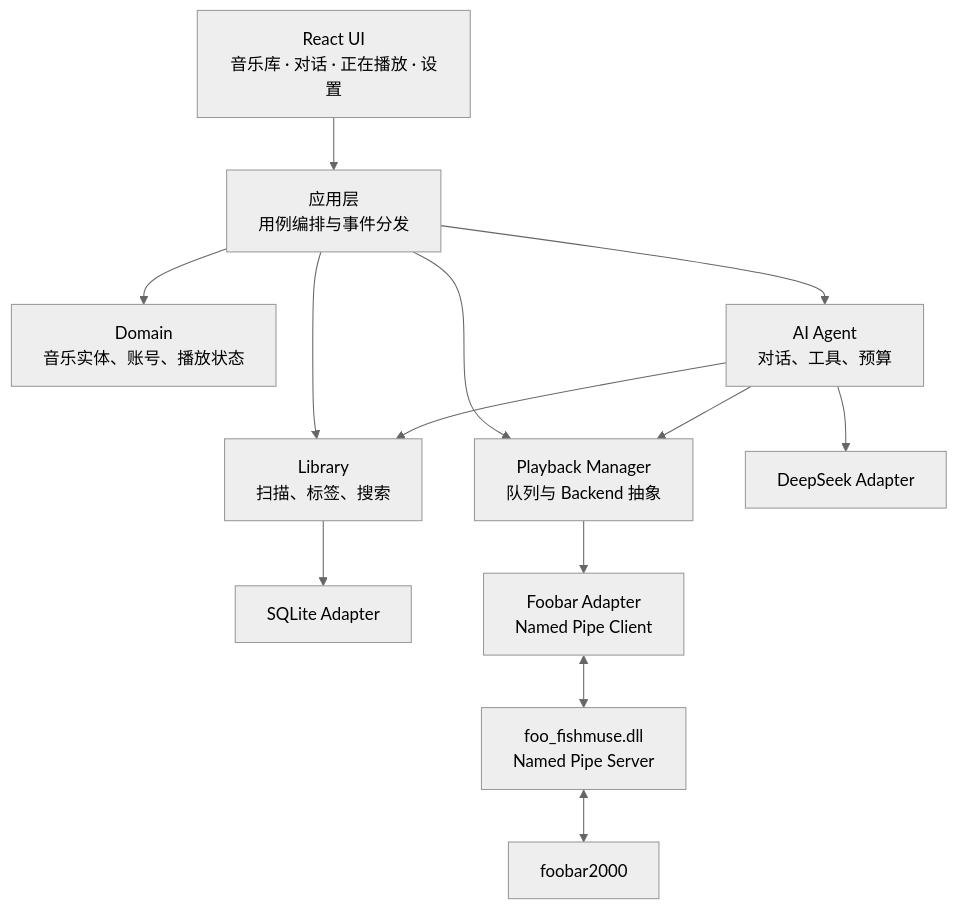
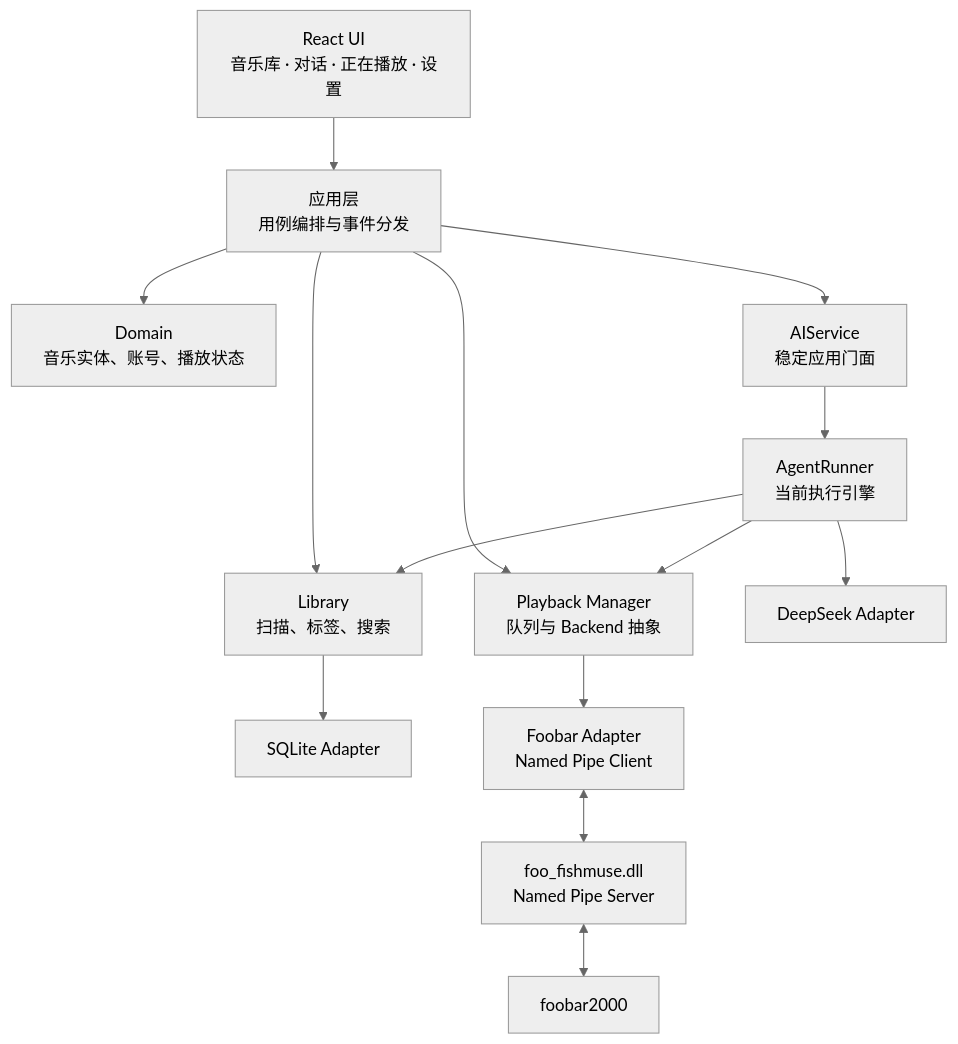
One commit to zfynyhhxx/Fishmuse changed the first of 3 diagrams in docs/superpowers/specs/2026-09-27-fishmuse-v0.1-muse-loop-design.zh-CN.md. Above: the diagram before and after it, drawn with Mermaid (neutral theme). The commit also changed other lines of this file and 18 other files, not shown here.

````diff
--- a/docs/superpowers/specs/2026-09-27-fishmuse-v0.1-muse-loop-design.zh-CN.md
+++ b/docs/superpowers/specs/2026-09-27-fishmuse-v0.1-muse-loop-design.zh-CN.md
@@ -77,27 +77,29 @@
 ```mermaid
 flowchart TB
     UI["React UI<br/>音乐库 · 对话 · 正在播放 · 设置"]
     APP["应用层<br/>用例编排与事件分发"]
     DOMAIN["Domain<br/>音乐实体、账号、播放状态"]
     LIB["Library<br/>扫描、标签、搜索"]
-    AGENT["AI Agent<br/>对话、工具、预算"]
+    AISVC["AIService<br/>稳定应用门面"]
+    AGENT["AgentRunner<br/>当前执行引擎"]
     PLAY["Playback Manager<br/>队列与 Backend 抽象"]
     DB["SQLite Adapter"]
     DS["DeepSeek Adapter"]
     FB["Foobar Adapter<br/>Named Pipe Client"]
     PLUGIN["foo_fishmuse.dll<br/>Named Pipe Server"]
     PLAYER["foobar2000"]
 
     UI --> APP
     APP --> DOMAIN
     APP --> LIB
-    APP --> AGENT
+    APP --> AISVC
     APP --> PLAY
     LIB --> DB
+    AISVC --> AGENT
     AGENT --> DS
     AGENT --> LIB
     AGENT --> PLAY
     PLAY --> FB
     FB <--> PLUGIN
     PLUGIN <--> PLAYER
 ```
````
